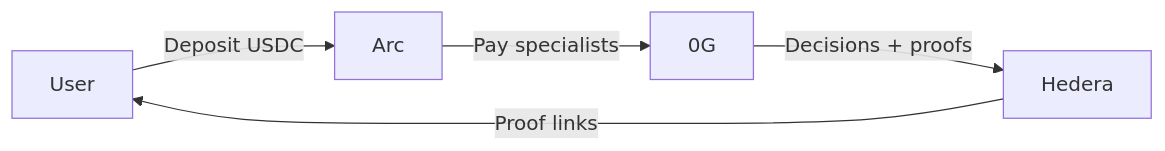
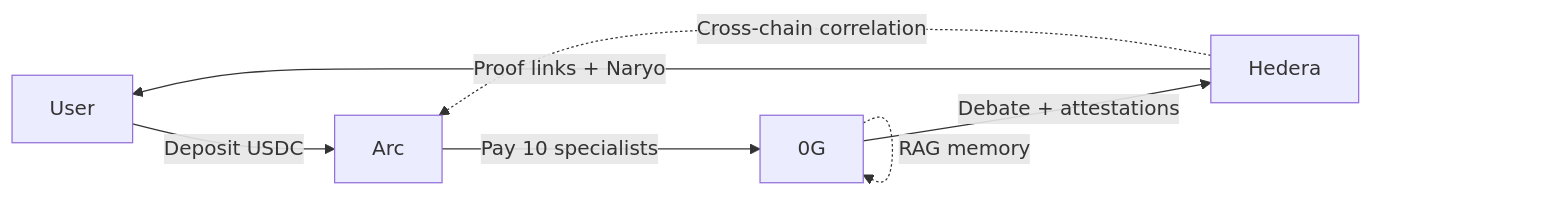
One commit to elbarroca/ETH_Global_Cannes_2026 changed the first of 8 diagrams in README.md. Above: the diagram before and after it, drawn with Mermaid. The commit also changed other lines of this file and 6 other files, not shown here.

````diff
--- a/README.md
+++ b/README.md
@@ -32,7 +25,9 @@
 ```mermaid
 graph LR
     User -->|Deposit USDC| Arc
-    Arc -->|Pay specialists| OG[0G]
-    OG -->|Decisions + proofs| Hedera
-    Hedera -->|Proof links| User
+    Arc -->|Pay 10 specialists| OG[0G]
+    OG -->|Debate + attestations| Hedera
+    Hedera -->|Proof links + Naryo| User
+    Hedera -.->|Cross-chain correlation| Arc
+    OG -.->|RAG memory| OG
 ```
````
